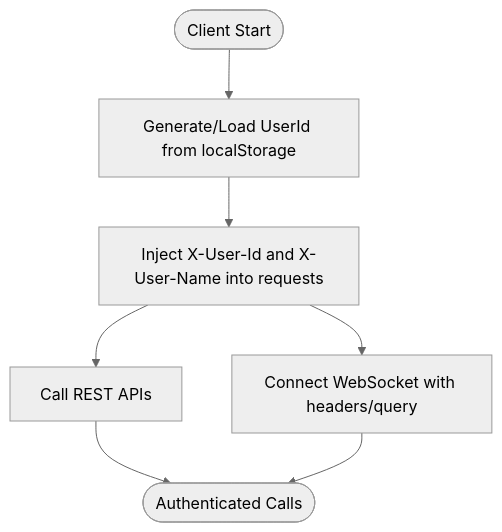
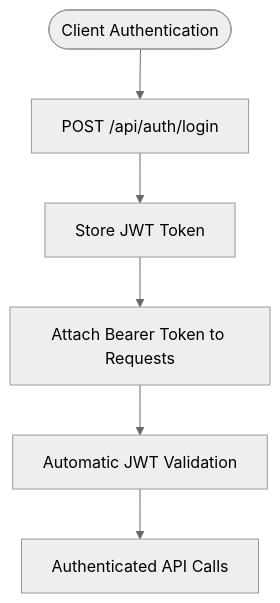
Before and after one commit to alibaba/tron-one-agent: the seventh of 8 diagrams in .qoder/repowiki/en/content/API Reference/Authentication and Authorization.md, drawn with Mermaid (neutral theme). The commit also changed other lines of this file and 13 other files, not shown here.

````diff
--- a/.qoder/repowiki/en/content/API Reference/Authentication and Authorization.md
+++ b/.qoder/repowiki/en/content/API Reference/Authentication and Authorization.md
@@ -256,9 +296,8 @@
 ```mermaid
 flowchart TD
-Start(["Client Start"]) --> Gen["Generate/Load UserId from localStorage"]
-Gen --> Inject["Inject X-User-Id and X-User-Name into requests"]
-Inject --> CallREST["Call REST APIs"]
-Inject --> CallWS["Connect WebSocket with headers/query"]
-CallREST --> End(["Authenticated Calls"])
-CallWS --> End
+Start(["Client Authentication"]) --> Login["POST /api/auth/login"]
+Login --> StoreToken["Store JWT Token"]
+StoreToken --> MakeReq["Attach Bearer Token to Requests"]
+MakeReq --> AuthFlow["Automatic JWT Validation"]
+AuthFlow --> Success["Authenticated API Calls"]
 ```
````
